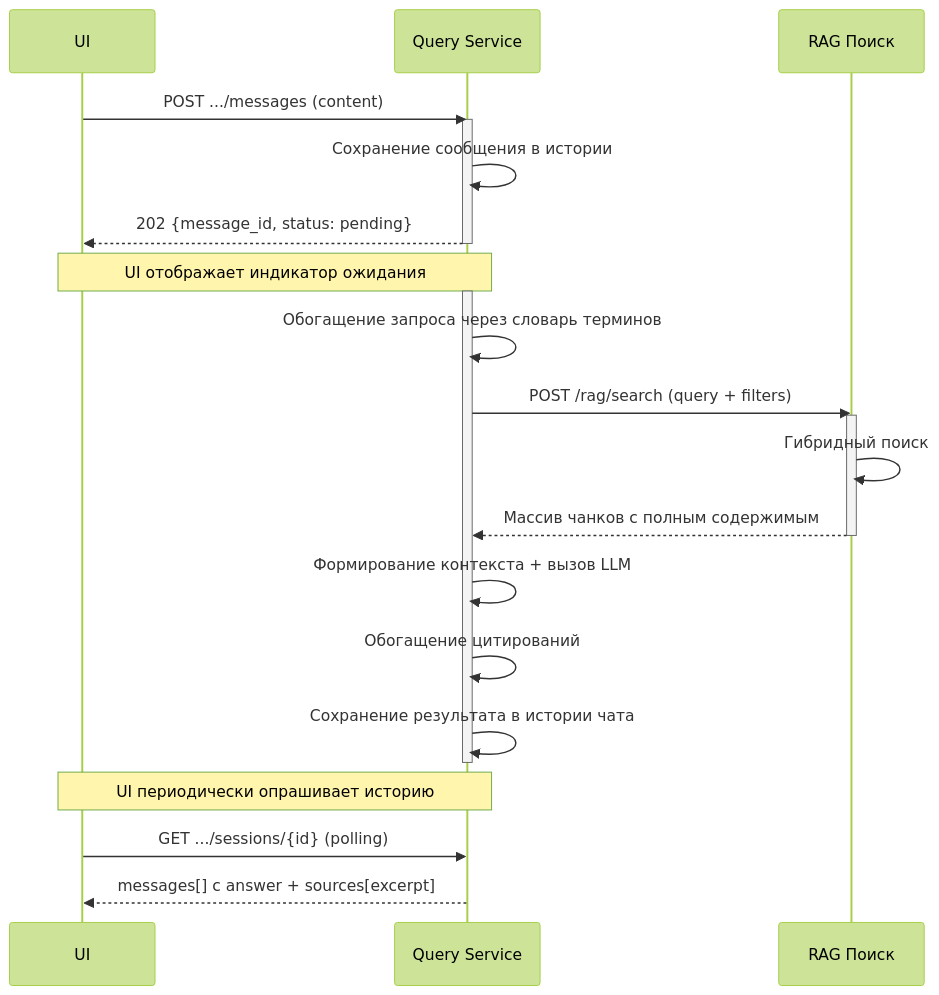
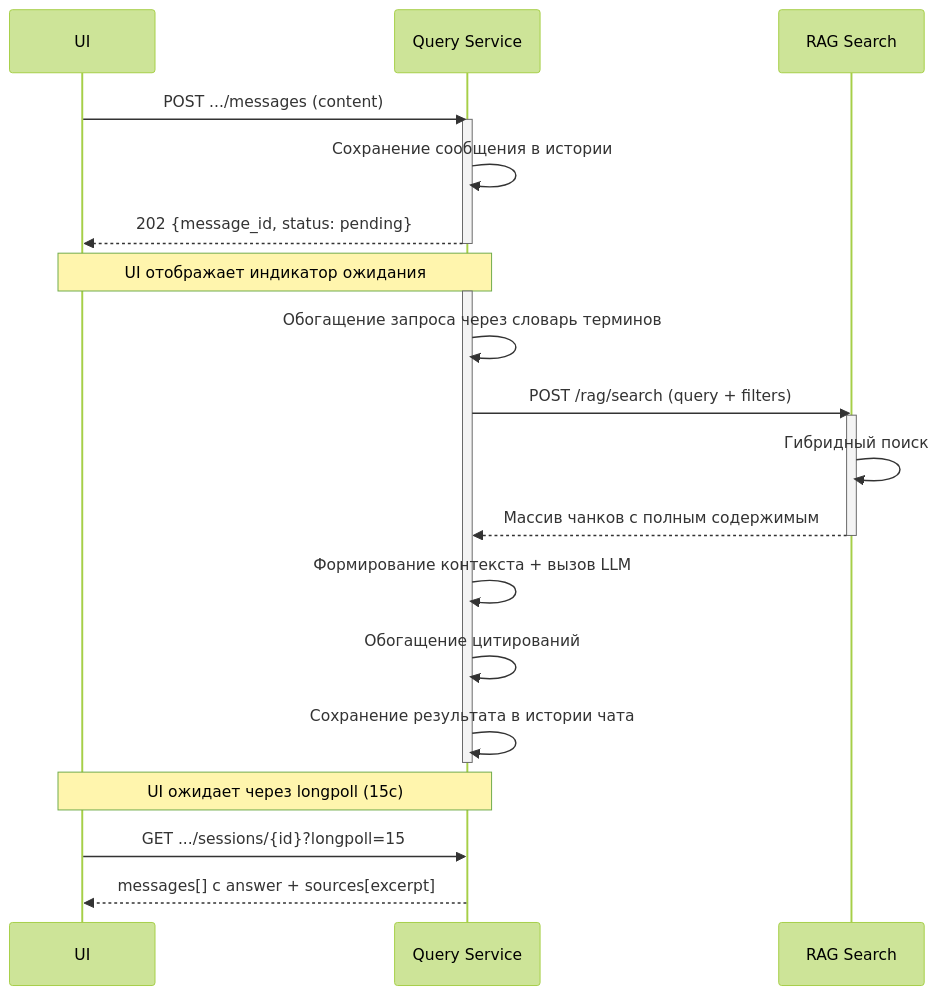
The diagram in docs/pipelines/pipeline3-search.md (MasterKSAF/PKB), drawn with Mermaid (forest theme) before and after one commit. The commit also changed other lines of this file and 12 other files, not shown here.

````diff
--- a/docs/pipelines/pipeline3-search.md
+++ b/docs/pipelines/pipeline3-search.md
@@ -9,31 +9,31 @@
 ```mermaid
 sequenceDiagram
     participant UI as UI
     participant QS as Query Service
-    participant RAGs as RAG Поиск
+    participant RAGs as RAG Search
 
     UI->>QS: POST .../messages (content)
     activate QS
     QS->>QS: Сохранение сообщения в истории
     QS-->>UI: 202 {message_id, status: pending}
     deactivate QS
 
     Note over UI,QS: UI отображает индикатор ожидания
 
     activate QS
     QS->>QS: Обогащение запроса через словарь терминов
     QS->>RAGs: POST /rag/search (query + filters)
     activate RAGs
     RAGs->>RAGs: Гибридный поиск
     RAGs-->>QS: Массив чанков с полным содержимым
     deactivate RAGs
     QS->>QS: Формирование контекста + вызов LLM
     QS->>QS: Обогащение цитирований
     QS->>QS: Сохранение результата в истории чата
     deactivate QS
 
-    Note over UI,QS: UI периодически опрашивает историю
+    Note over UI,QS: UI ожидает через longpoll (15c)
 
-    UI->>QS: GET .../sessions/{id} (polling)
+    UI->>QS: GET .../sessions/{id}?longpoll=15
     QS-->>UI: messages[] с answer + sources[excerpt]
 ```
````
